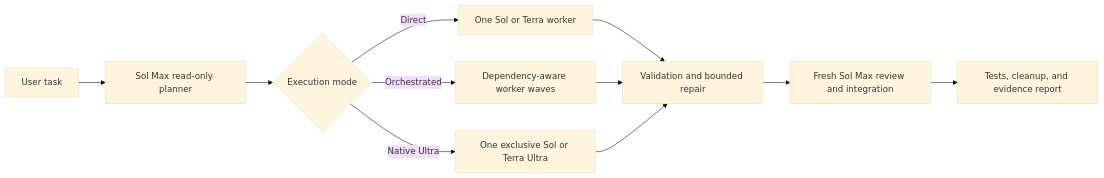
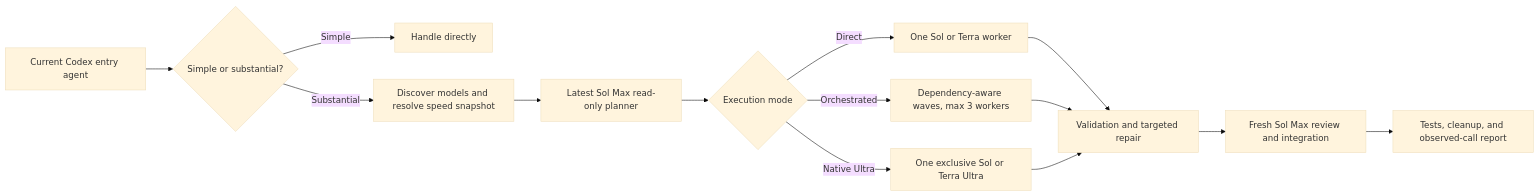
Before and after one commit to wei-er582/codex-auto-orchestrator: the diagram in README.md, drawn with Mermaid (base theme). The commit also changed other lines of this file and 53 other files, not shown here.

````diff
--- a/README.md
+++ b/README.md
@@ -28,13 +28,16 @@
 ```mermaid
 flowchart LR
-    A["User task"] --> B["Sol Max read-only planner"]
-    B --> C{"Execution mode"}
-    C -->|Direct| D["One Sol or Terra worker"]
-    C -->|Orchestrated| E["Dependency-aware worker waves"]
-    C -->|Native Ultra| F["One exclusive Sol or Terra Ultra"]
-    D --> G["Validation and bounded repair"]
-    E --> G
-    F --> G
-    G --> H["Fresh Sol Max review and integration"]
-    H --> I["Tests, cleanup, and evidence report"]
+    A["Current Codex entry agent"] --> B{"Simple or substantial?"}
+    B -->|Simple| C["Handle directly"]
+    B -->|Substantial| D["Discover models and resolve speed snapshot"]
+    D --> E["Latest Sol Max read-only planner"]
+    E --> F{"Execution mode"}
+    F -->|Direct| G["One Sol or Terra worker"]
+    F -->|Orchestrated| H["Dependency-aware waves, max 3 workers"]
+    F -->|Native Ultra| I["One exclusive Sol or Terra Ultra"]
+    G --> J["Validation and targeted repair"]
+    H --> J
+    I --> J
+    J --> K["Fresh Sol Max review and integration"]
+    K --> L["Tests, cleanup, and observed-call report"]
 ```
````
